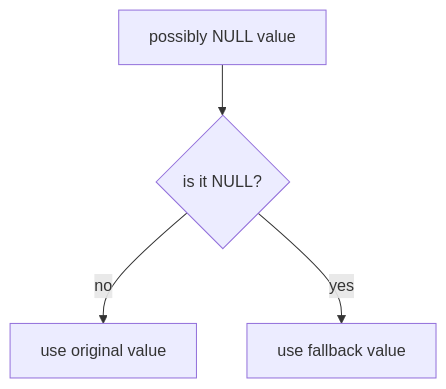
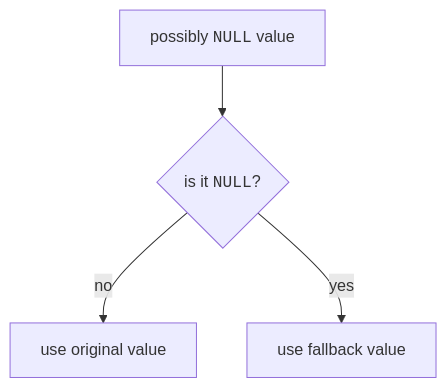
One commit to dataslope/dataslope changed the fourth of 4 diagrams in content/courses/sqlite-for-beginners/working-with-null.mdx. Above: the diagram before and after it, drawn with Mermaid. The commit also changed other lines of this file and 283 other files, not shown here.

First line of the commit message:
Diagrams as elements, not characters: fix the box model, sweep the corpus, and make syntax breakdowns a convention (#652)

````diff
--- a/content/courses/sqlite-for-beginners/working-with-null.mdx
+++ b/content/courses/sqlite-for-beginners/working-with-null.mdx
@@ -499,6 +507,6 @@
 ```mermaid
 flowchart TD
-    A["possibly NULL value"] --> B{"is it NULL?"}
+    A["possibly <code>NULL</code> value"] --> B{"is it <code>NULL</code>?"}
     B -->|"no"| C["use original value"]
     B -->|"yes"| D["use fallback value"]
 ```
````
